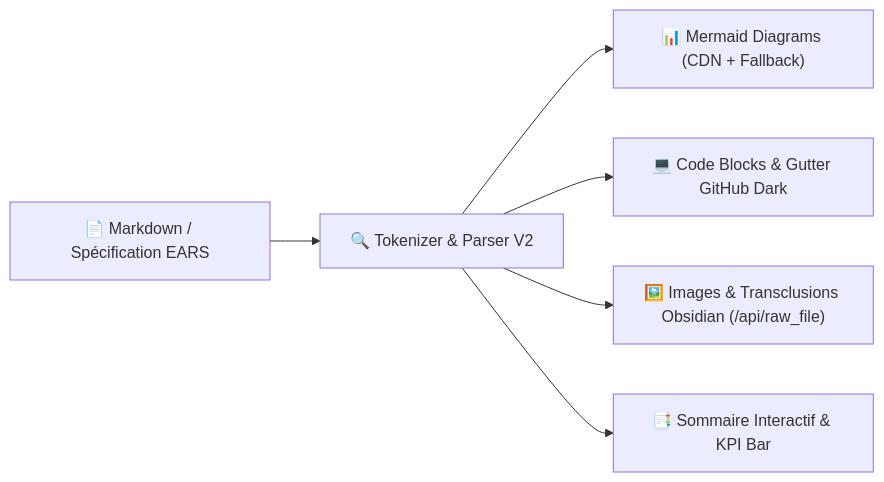
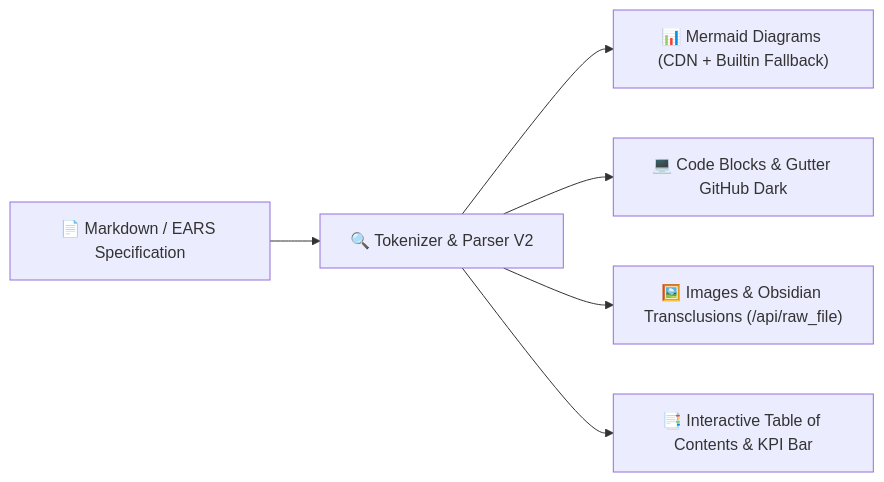
Before and after one commit to maxxwwim/AetherSAST-150-CWE-MCP: the first of 2 diagrams in README.md, drawn with Mermaid. The commit also changed other lines of this file and 3 other files, not shown here.

````diff
--- a/README.md
+++ b/README.md
@@ -64,8 +66,8 @@
 ```mermaid
 flowchart LR
-    A["📄 Markdown / Spécification EARS"] --> B["🔍 Tokenizer & Parser V2"]
-    B --> C["📊 Mermaid Diagrams (CDN + Fallback)"]
+    A["📄 Markdown / EARS Specification"] --> B["🔍 Tokenizer & Parser V2"]
+    B --> C["📊 Mermaid Diagrams (CDN + Builtin Fallback)"]
     B --> D["💻 Code Blocks & Gutter GitHub Dark"]
-    B --> E["🖼️ Images & Transclusions Obsidian (/api/raw_file)"]
-    B --> F["📑 Sommaire Interactif & KPI Bar"]
+    B --> E["🖼️ Images & Obsidian Transclusions (/api/raw_file)"]
+    B --> F["📑 Interactive Table of Contents & KPI Bar"]
 ```
````
